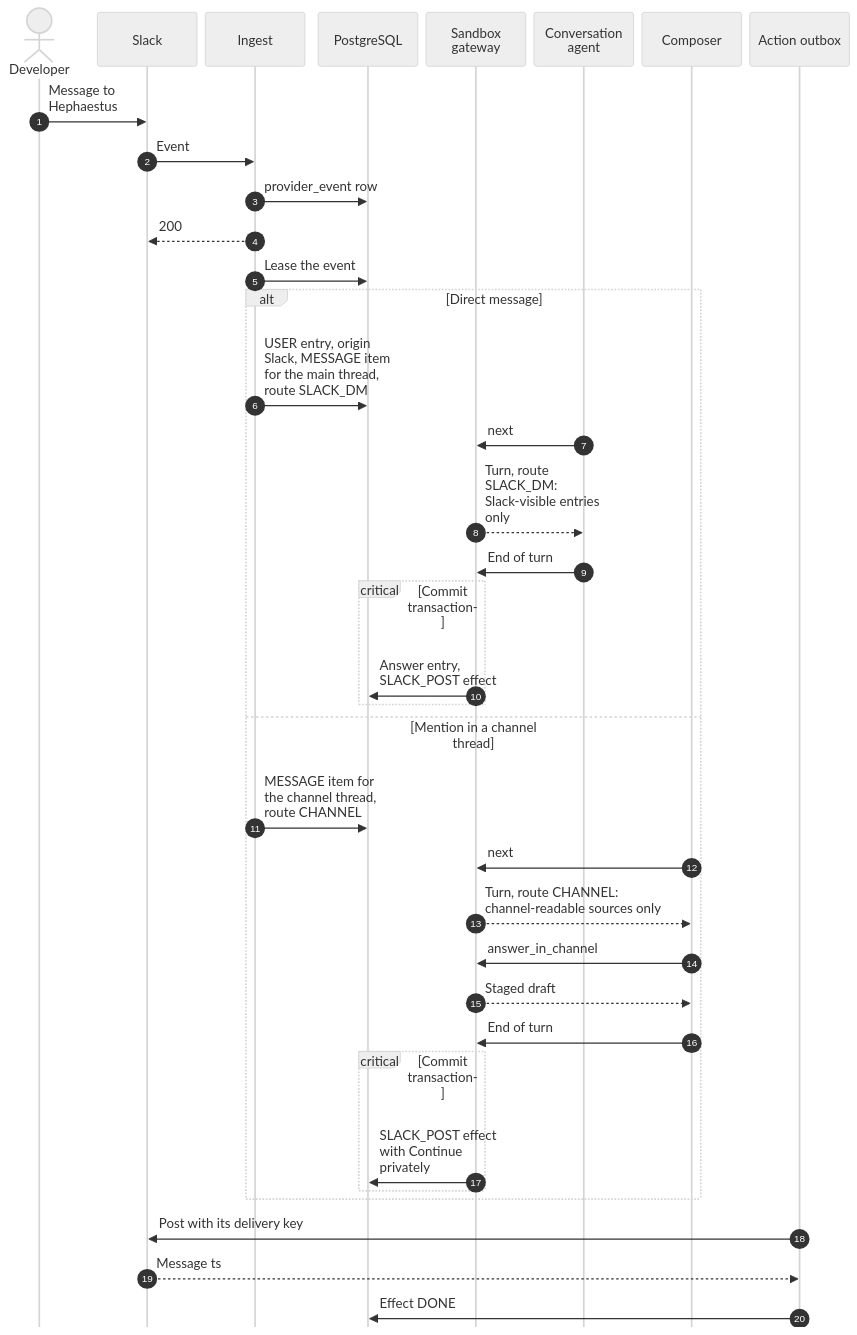
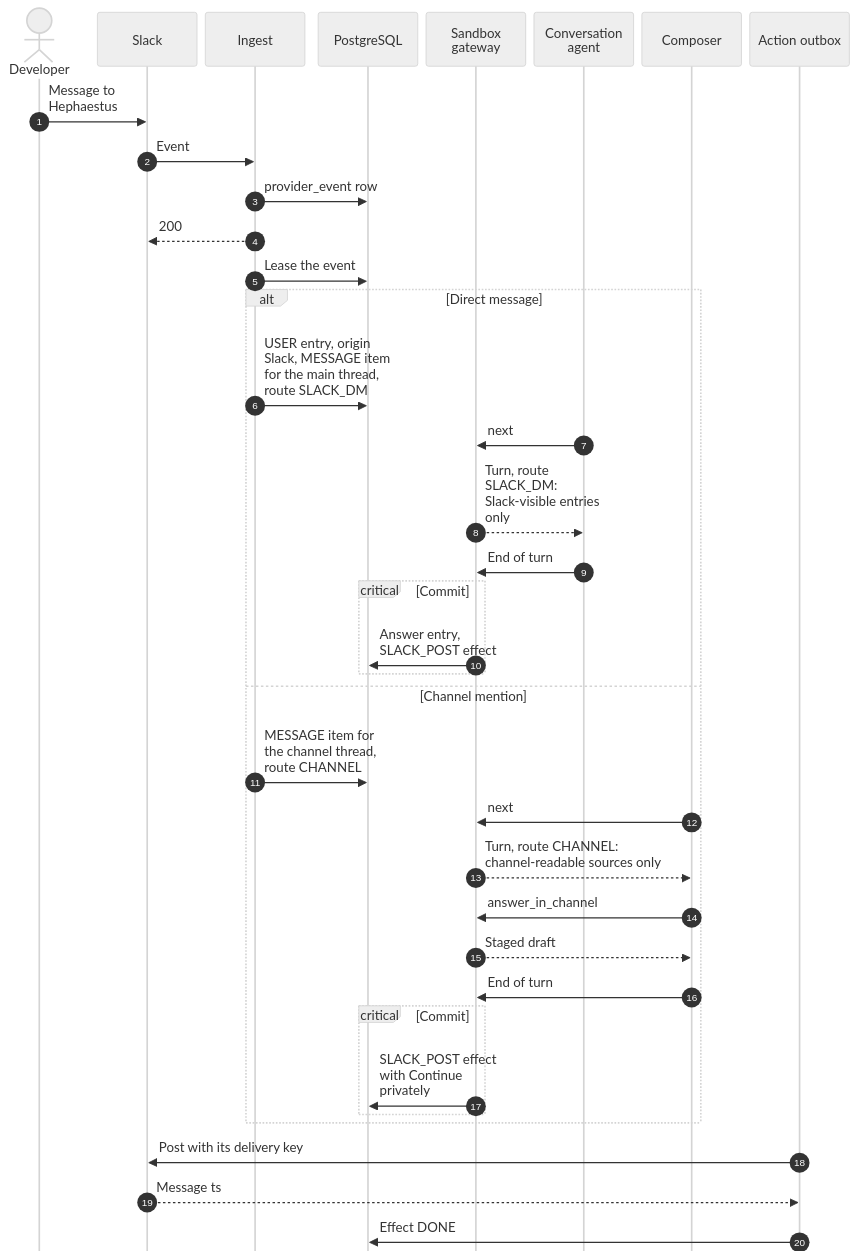
The ninth of 9 diagrams in docs/contributor/conversation-core.mdx (hephaestus-build/Hephaestus), drawn with Mermaid (neutral theme) before and after one commit. The commit also changed other lines of this file, not shown here.

````diff
--- a/docs/contributor/conversation-core.mdx
+++ b/docs/contributor/conversation-core.mdx
@@ -617,50 +624,50 @@
 ```mermaid
 ---
 config:
   sequence:
     actorMargin: 10
     width: 120
     wrap: true
     messageAlign: left
     mirrorActors: false
 ---
 sequenceDiagram
     accTitle: A Slack direct message and a Slack channel mention
     accDescr: Slack sends an event. Ingest stores it in the provider event inbox and answers Slack. It then turns the event into an inbox item. A direct message goes to the main thread with the route SLACK_DM, and the conversation agent answers. A channel mention goes to a shared channel thread with the route CHANNEL, and the composer answers from channel-readable sources. The action outbox posts each answer and confirms it.
     autonumber
     actor D as Developer
     participant L as Slack
     participant I as Ingest
     participant DB as PostgreSQL
     participant G as Sandbox gateway
     participant M as Conversation agent
     participant C as Composer
     participant O as Action outbox
     D->>L: Message to Hephaestus
     L->>I: Event
     I->>DB: provider_event row
     I-->>L: 200
     I->>DB: Lease the event
     alt Direct message
         I->>DB: USER entry, origin Slack, MESSAGE item for the main thread, route SLACK_DM
         M->>G: next
         G-->>M: Turn, route SLACK_DM: Slack-visible entries only
         M->>G: End of turn
-        critical Commit transaction
+        critical Commit
             G->>DB: Answer entry, SLACK_POST effect
         end
-    else Mention in a channel thread
+    else Channel mention
         I->>DB: MESSAGE item for the channel thread, route CHANNEL
         C->>G: next
         G-->>C: Turn, route CHANNEL: channel-readable sources only
         C->>G: answer_in_channel
         G-->>C: Staged draft
         C->>G: End of turn
-        critical Commit transaction
+        critical Commit
             G->>DB: SLACK_POST effect with Continue privately
         end
     end
     O->>L: Post with its delivery key
     L-->>O: Message ts
     O->>DB: Effect DONE
 ```
````
